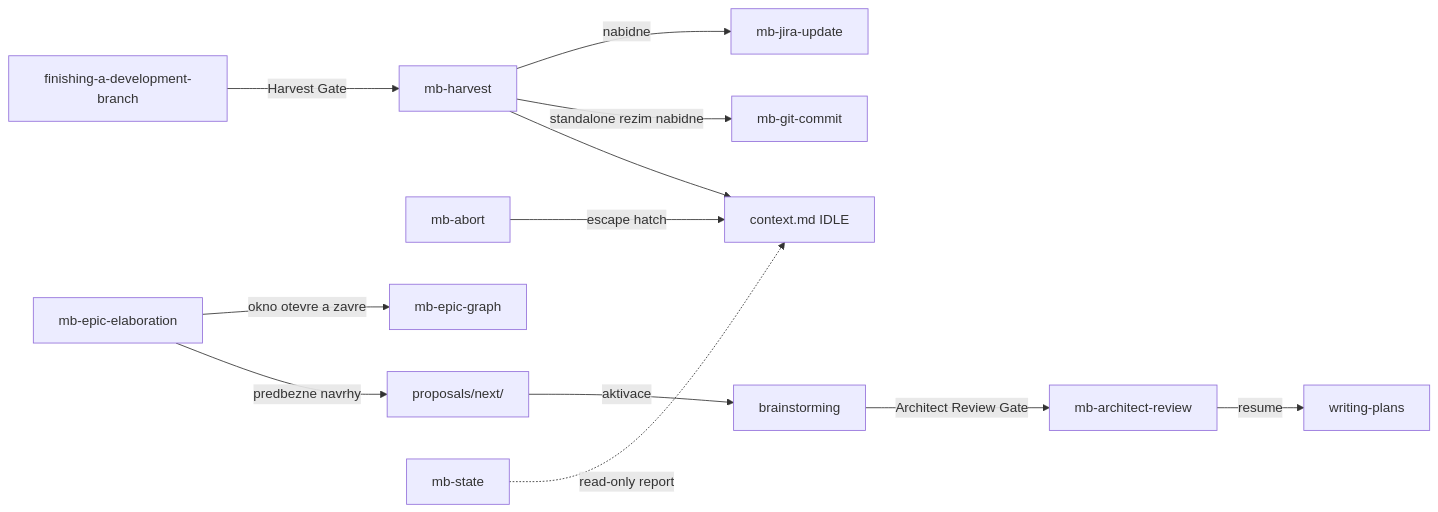
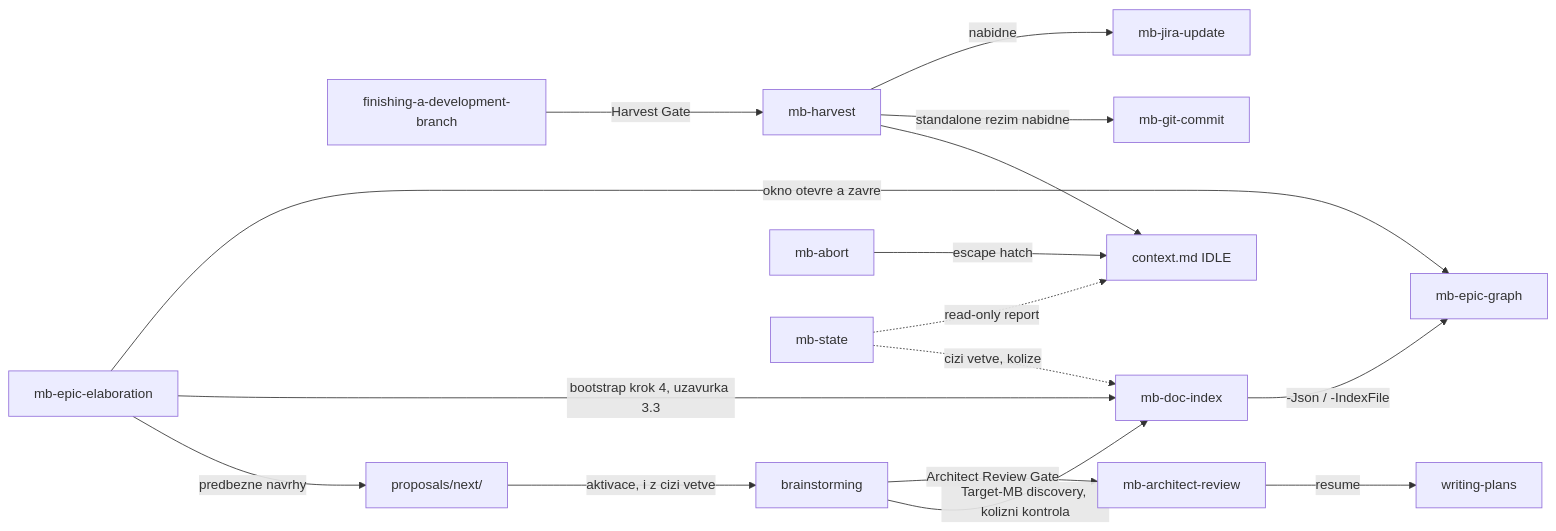
One commit to janmatejka/superpowers changed the fourth of 5 diagrams in memory-bank/architecture.md. Above: the diagram before and after it, drawn with Mermaid. The commit also changed other lines of this file and 6 other files, not shown here.

````diff
--- a/memory-bank/architecture.md
+++ b/memory-bank/architecture.md
@@ -189,14 +298,18 @@
 ```mermaid
 flowchart LR
     BS["brainstorming"] -->|Architect Review Gate| AR["mb-architect-review"]
+    BS -->|Target-MB discovery, kolizni kontrola| DI["mb-doc-index"]
     AR -->|resume| WP["writing-plans"]
     FIN["finishing-a-development-branch"] -->|Harvest Gate| H["mb-harvest"]
     H -->|nabidne| JU["mb-jira-update"]
     H -->|standalone rezim nabidne| GC["mb-git-commit"]
     AB["mb-abort"] -->|escape hatch| IDLE["context.md IDLE"]
     H --> IDLE
     EE["mb-epic-elaboration"] -->|okno otevre a zavre| EG["mb-epic-graph"]
+    EE -->|bootstrap krok 4, uzavurka 3.3| DI
+    DI -->|-Json / -IndexFile| EG
     EE -->|predbezne navrhy| NEXT["proposals/next/"]
-    NEXT -->|aktivace| BS
+    NEXT -->|aktivace, i z cizi vetve| BS
     ST["mb-state"] -.->|read-only report| IDLE
+    ST -.->|cizi vetve, kolize| DI
 ```
````
